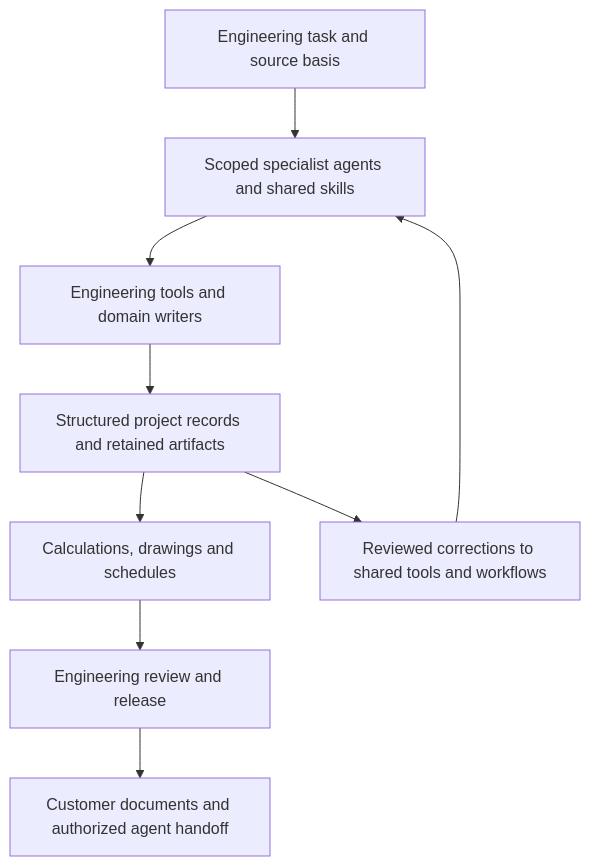
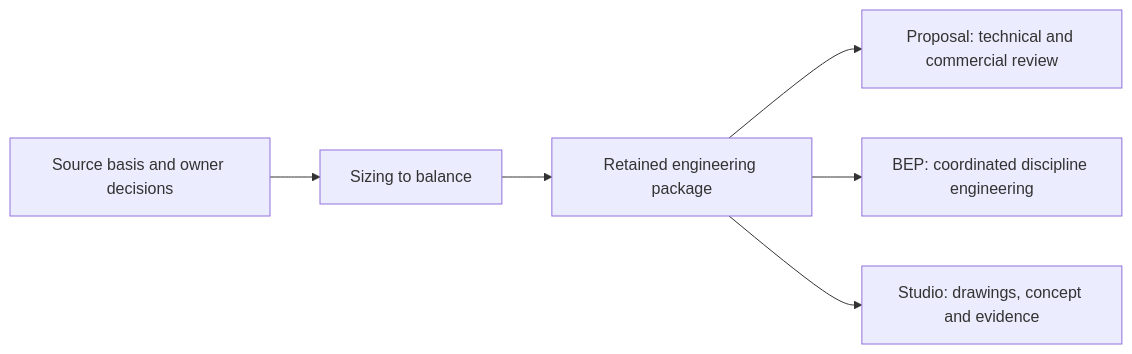
The diagram in README.md (puran-water/PuranOS-public), drawn with Mermaid before and after one commit. The commit also changed other lines of this file and 16 other files, not shown here.

Commit message:
docs: describe current engineering workflows, Studio and specialist roles

````diff
--- a/README.md
+++ b/README.md
@@ -30,11 +11,8 @@
 ```mermaid
-flowchart TD
-    A[Engineering task and source basis] --> B[Scoped specialist agents and shared skills]
-    B --> C[Engineering tools and domain writers]
-    C --> D[Structured project records and retained artifacts]
-    D --> E[Calculations, drawings and schedules]
-    E --> F[Engineering review and release]
-    F --> G[Customer documents and authorized agent handoff]
-    D --> H[Reviewed corrections to shared tools and workflows]
-    H --> B
+flowchart LR
+  A[Source basis and owner decisions] --> B[Sizing to balance]
+  B --> C[Retained engineering package]
+  C --> D[Proposal: technical and commercial review]
+  C --> E[BEP: coordinated discipline engineering]
+  C --> F[Studio: drawings, concept and evidence]
 ```
````
